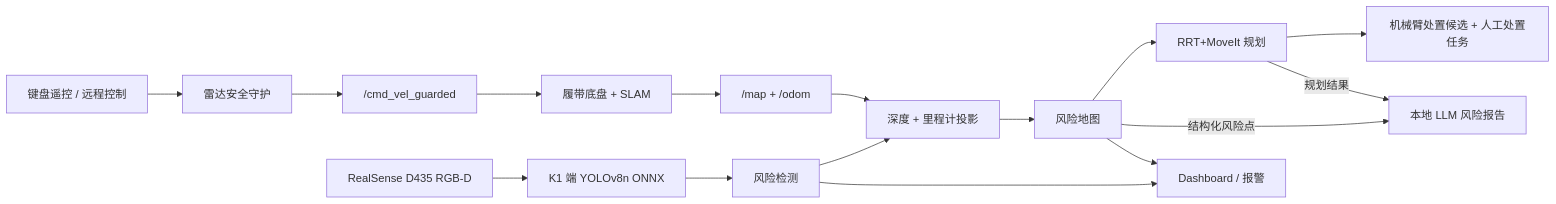
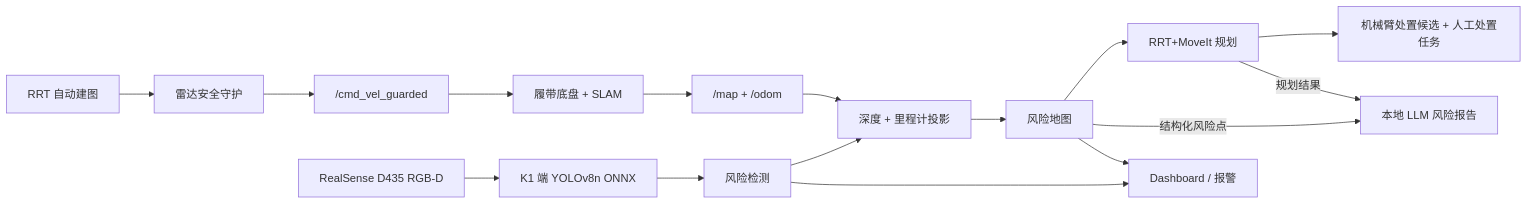
One commit to RickSanchezC5163/spacemit-k1-edge-ai-risk-robot changed the diagram in README.md. Above: the diagram before and after it, drawn with Mermaid. The commit also changed other lines of this file, not shown here.

Commit message:
Clarify RRT MoveIt closed-loop flow + Rl

````diff
--- a/README.md
+++ b/README.md
@@ -124,19 +106,19 @@
 ```mermaid
 flowchart LR
-    A["键盘遥控 / 远程控制"] --> B["雷达安全守护"]
+    A["RRT 自动建图"] --> B["雷达安全守护"]
     B --> C["/cmd_vel_guarded"]
     C --> D["履带底盘 + SLAM"]
     D --> E["/map + /odom"]
 
     F["RealSense D435 RGB-D"] --> G["K1 端 YOLOv8n ONNX"]
     G --> H["风险检测"]
     H --> I["深度 + 里程计投影"]
     E --> I
     I --> J["风险地图"]
     J --> K["RRT+MoveIt 规划"]
     K --> N["机械臂处置候选 + 人工处置任务"]
     K -- "规划结果" --> L["本地 LLM 风险报告"]
     J -- "结构化风险点" --> L
     H --> M["Dashboard / 报警"]
     J --> M
 ```
````
